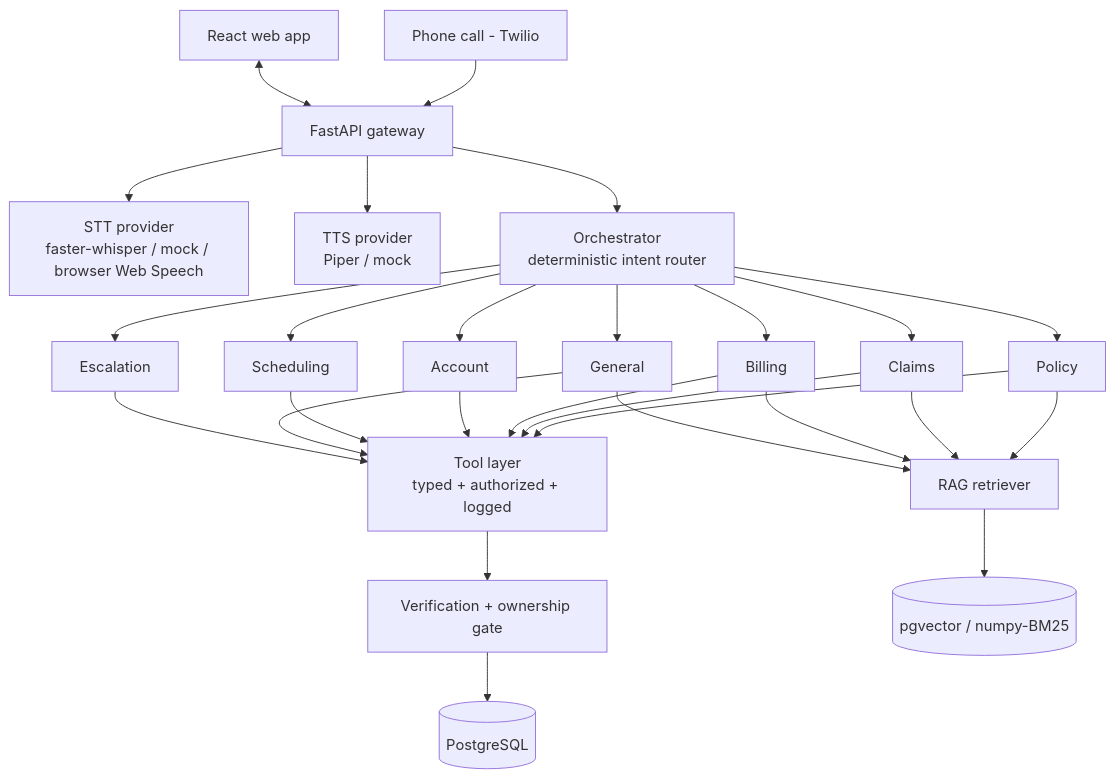
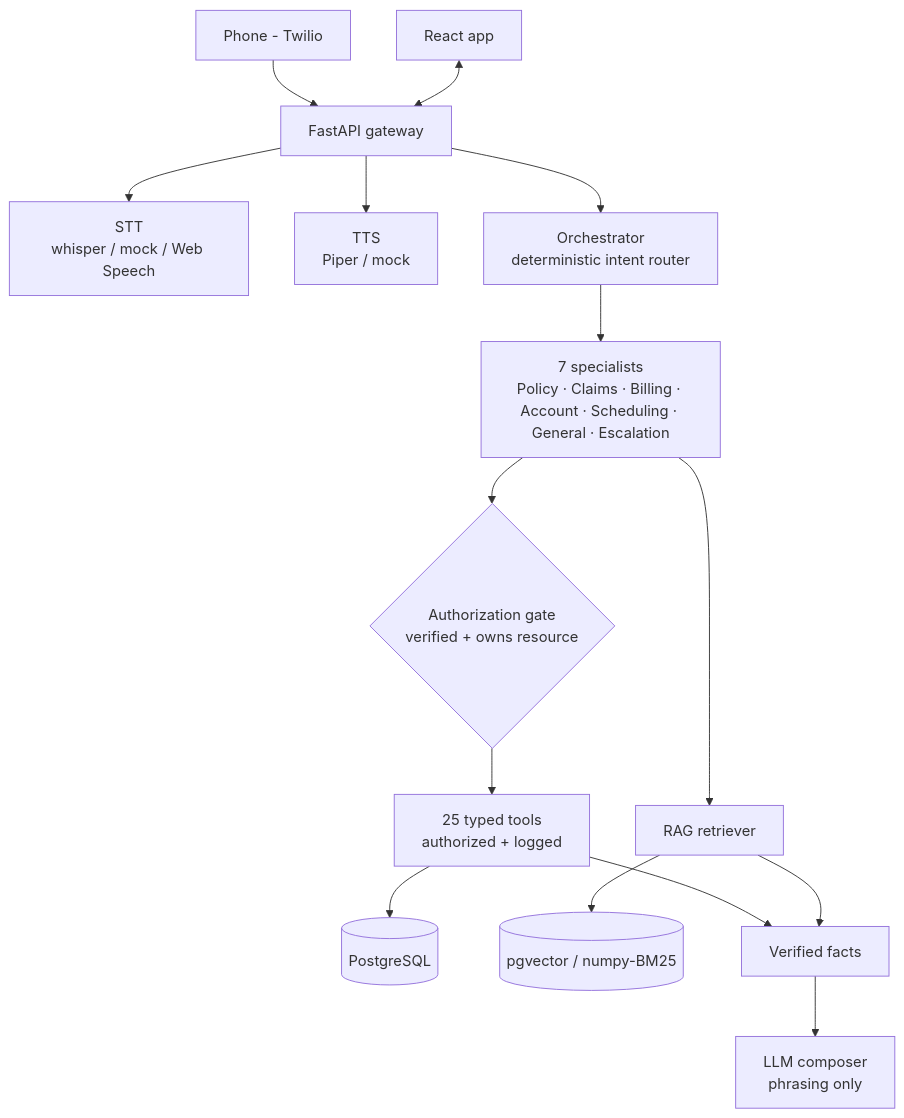
One commit to John-Jepsen/assured changed the diagram in README.md. Above: the diagram before and after it, drawn with Mermaid. The commit also changed other lines of this file and 1 other file, not shown here.

First line of the commit message:
Rewrite README as a concise VP-level overview; document multi-turn flows

````diff
--- a/README.md
+++ b/README.md
@@ -74,20 +30,16 @@
 ```mermaid
 flowchart TD
-    Phone[Phone call - Twilio] --> API
-    Web[React web app] <--> API[FastAPI gateway]
-    API --> STT[STT provider<br/>faster-whisper / mock / browser Web Speech]
-    API --> TTS[TTS provider<br/>Piper / mock]
+    Phone[Phone - Twilio] --> API
+    Web[React app] <--> API[FastAPI gateway]
+    API --> STT[STT<br/>whisper / mock / Web Speech]
+    API --> TTS[TTS<br/>Piper / mock]
     API --> ORCH[Orchestrator<br/>deterministic intent router]
-    ORCH --> POL[Policy]
-    ORCH --> CLM[Claims]
-    ORCH --> BIL[Billing]
-    ORCH --> ACC[Account]
-    ORCH --> SCH[Scheduling]
-    ORCH --> GEN[General]
-    ORCH --> ESC[Escalation]
-    POL & CLM & BIL & ACC & SCH & GEN & ESC --> TOOLS[Tool layer<br/>typed + authorized + logged]
-    POL & CLM & BIL & GEN --> RAG[RAG retriever]
-    TOOLS --> AUTHZ[Verification + ownership gate]
-    AUTHZ --> DB[(PostgreSQL)]
+    ORCH --> SPEC[7 specialists<br/>Policy · Claims · Billing · Account · Scheduling · General · Escalation]
+    SPEC --> AUTHZ{Authorization gate<br/>verified + owns resource}
+    SPEC --> RAG[RAG retriever]
+    AUTHZ --> TOOLS[25 typed tools<br/>authorized + logged]
+    TOOLS --> DB[(PostgreSQL)]
     RAG --> VEC[(pgvector / numpy-BM25)]
+    TOOLS --> FACTS[Verified facts] --> LLM[LLM composer<br/>phrasing only]
+    RAG --> FACTS
 ```
````
